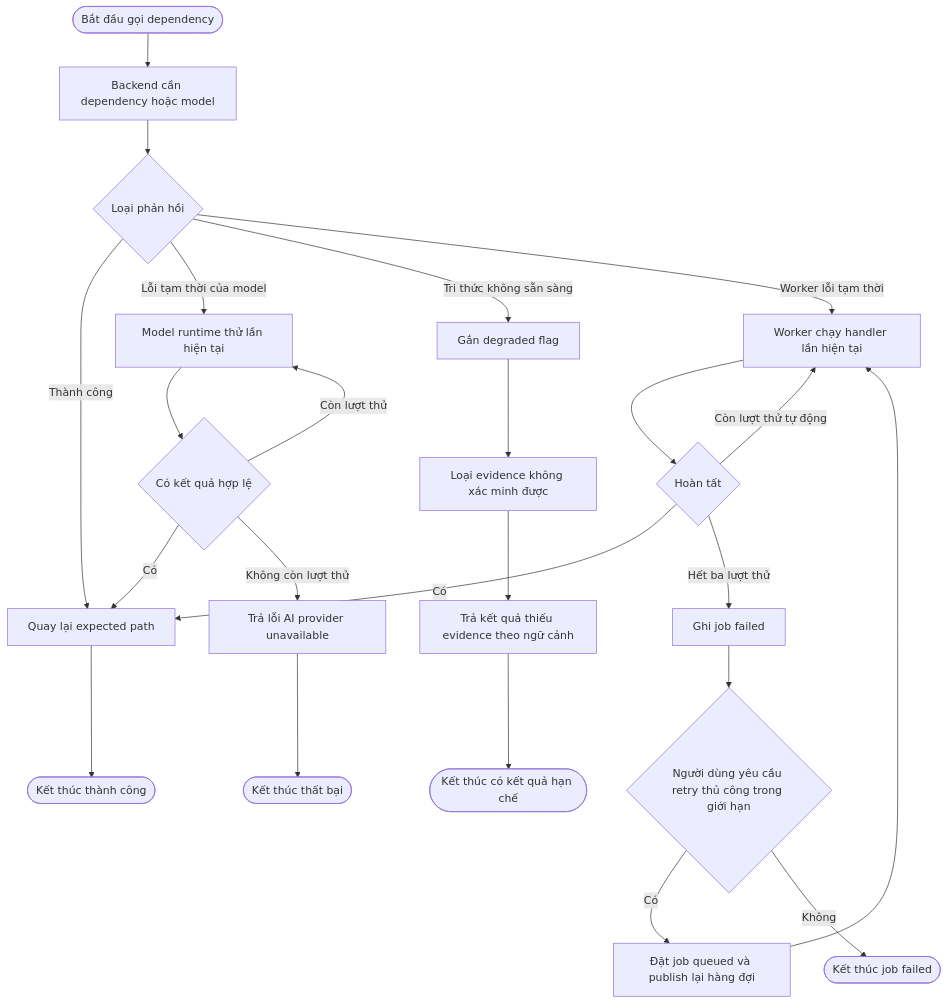
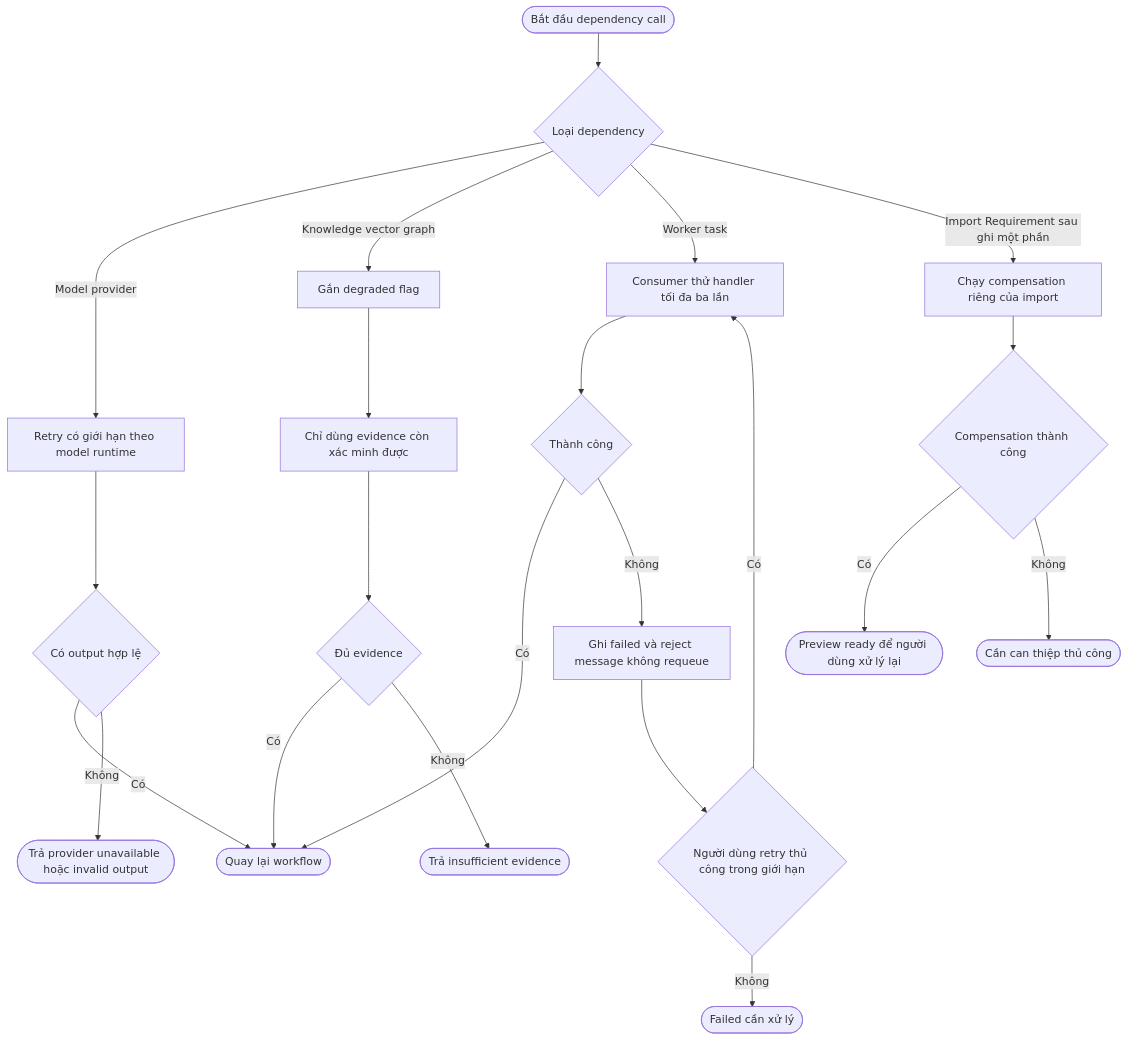
One commit to MinTruqday/Veriq changed the tenth of 10 diagrams in docs/kien-truc/FRAMEWORK_VERIQ.md. Above: the diagram before and after it, drawn with Mermaid. The commit also changed other lines of this file and 16 other files, not shown here.

````diff
--- a/docs/kien-truc/FRAMEWORK_VERIQ.md
+++ b/docs/kien-truc/FRAMEWORK_VERIQ.md
@@ -336,23 +352,24 @@
 ```mermaid
 flowchart TD
-    S([Bắt đầu gọi dependency]) --> A[Backend cần dependency hoặc model]
-    A --> B{Loại phản hồi}
-    B -->|Thành công| C[Quay lại expected path] --> E1([Kết thúc thành công])
-    B -->|Lỗi tạm thời của model| D[Model runtime thử lần hiện tại]
-    D --> E{Có kết quả hợp lệ}
-    E -->|Có| C
-    E -->|Không còn lượt thử| F[Trả lỗi AI provider unavailable] --> E2([Kết thúc thất bại])
-    E -->|Còn lượt thử| D
-    B -->|Tri thức không sẵn sàng| G[Gắn degraded flag]
-    G --> H[Loại evidence không xác minh được]
-    H --> I[Trả kết quả thiếu evidence theo ngữ cảnh] --> E3([Kết thúc có kết quả hạn chế])
-    B -->|Worker lỗi tạm thời| J[Worker chạy handler lần hiện tại]
-    J --> K{Hoàn tất}
-    K -->|Có| C
-    K -->|Còn lượt thử tự động| J
-    K -->|Hết ba lượt thử| L[Ghi job failed]
-    L --> M{Người dùng yêu cầu retry thủ công trong giới hạn}
-    M -->|Có| N[Đặt job queued và publish lại hàng đợi]
-    N --> J
-    M -->|Không| E4([Kết thúc job failed])
+    S([Bắt đầu dependency call]) --> A{Loại dependency}
+    A -->|Model provider| B[Retry có giới hạn theo model runtime]
+    B --> C{Có output hợp lệ}
+    C -->|Có| X1([Quay lại workflow])
+    C -->|Không| X2([Trả provider unavailable hoặc invalid output])
+    A -->|Knowledge vector graph| D[Gắn degraded flag]
+    D --> E[Chỉ dùng evidence còn xác minh được]
+    E --> F{Đủ evidence}
+    F -->|Có| X1
+    F -->|Không| X3([Trả insufficient evidence])
+    A -->|Worker task| G[Consumer thử handler tối đa ba lần]
+    G --> H{Thành công}
+    H -->|Có| X1
+    H -->|Không| I[Ghi failed và reject message không requeue]
+    I --> J{Người dùng retry thủ công trong giới hạn}
+    J -->|Có| G
+    J -->|Không| X4([Failed cần xử lý])
+    A -->|Import Requirement sau ghi một phần| K[Chạy compensation riêng của import]
+    K --> L{Compensation thành công}
+    L -->|Có| X5([Preview ready để người dùng xử lý lại])
+    L -->|Không| X6([Cần can thiệp thủ công])
 ```
````
